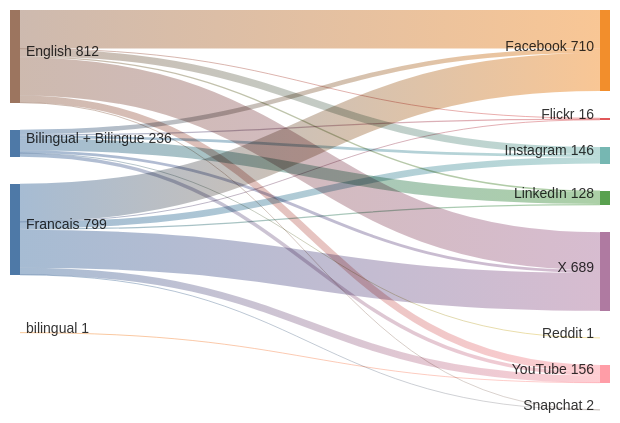
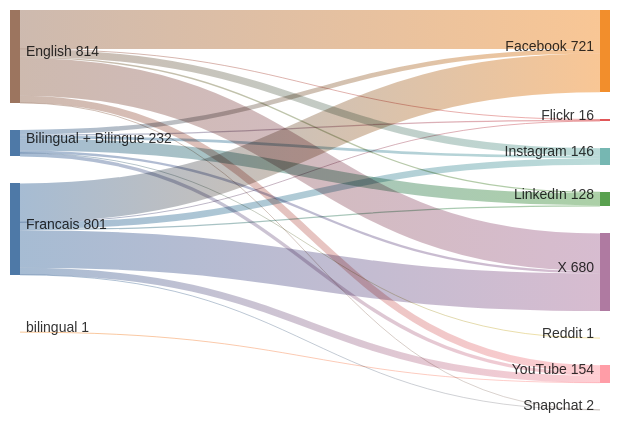
One commit to PatLittle/GC-Socials changed the diagram in sankey_diagram.md. Above: the diagram before and after it, drawn with Mermaid.

Commit message:
Update Sankey diagram for the most recent day

````diff
--- a/sankey_diagram.md
+++ b/sankey_diagram.md
@@ -1,25 +1,25 @@
 ```mermaid
 sankey-beta
   Bilingual + Bilingue,Facebook,40
   Bilingual + Bilingue,Flickr,11
   Bilingual + Bilingue,Instagram,24
   Bilingual + Bilingue,LinkedIn,105
   Bilingual + Bilingue,Reddit,1
-  Bilingual + Bilingue,X,25
+  Bilingual + Bilingue,X,21
   Bilingual + Bilingue,YouTube,30
-  English,Facebook,337
+  English,Facebook,342
   English,Flickr,3
   English,Instagram,64
   English,LinkedIn,12
   English,Snapchat,1
-  English,X,332
-  English,YouTube,63
-  Francais,Facebook,333
+  English,X,330
+  English,YouTube,62
+  Francais,Facebook,339
   Francais,Flickr,2
   Francais,Instagram,58
   Francais,LinkedIn,11
   Francais,Snapchat,1
-  Francais,X,332
-  Francais,YouTube,62
+  Francais,X,329
+  Francais,YouTube,61
   bilingual,YouTube,1
 ```
````
